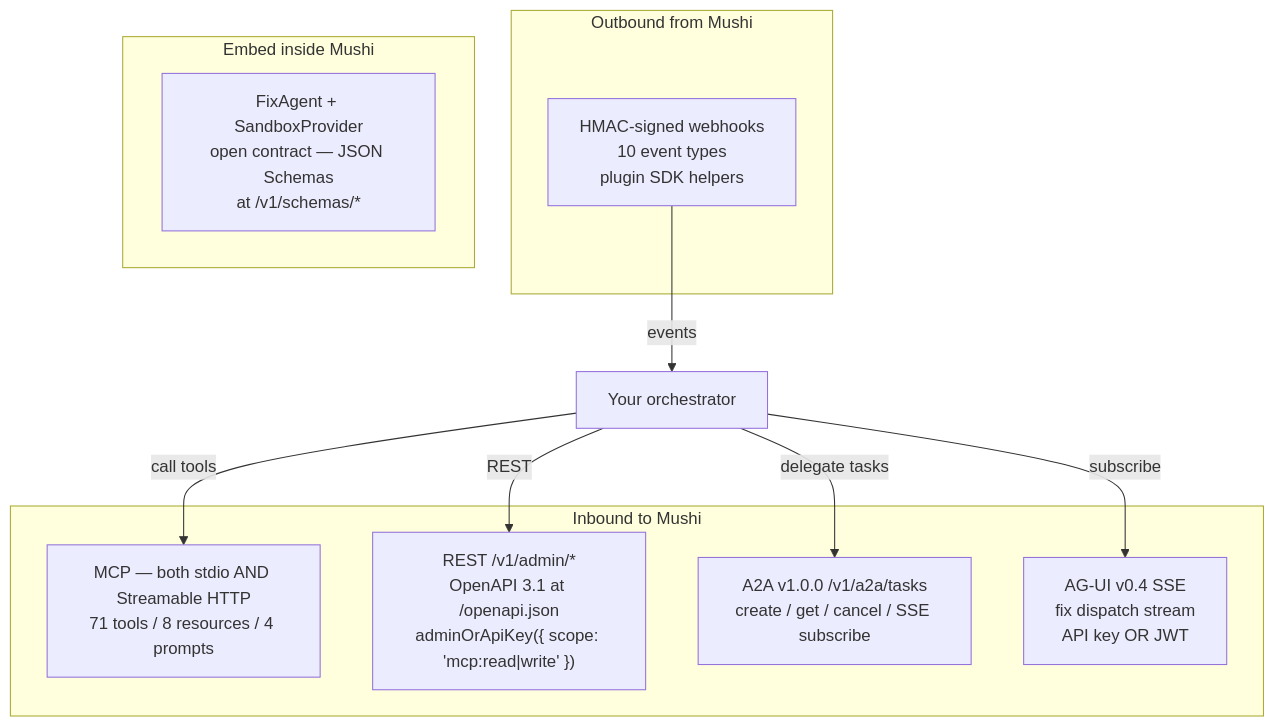
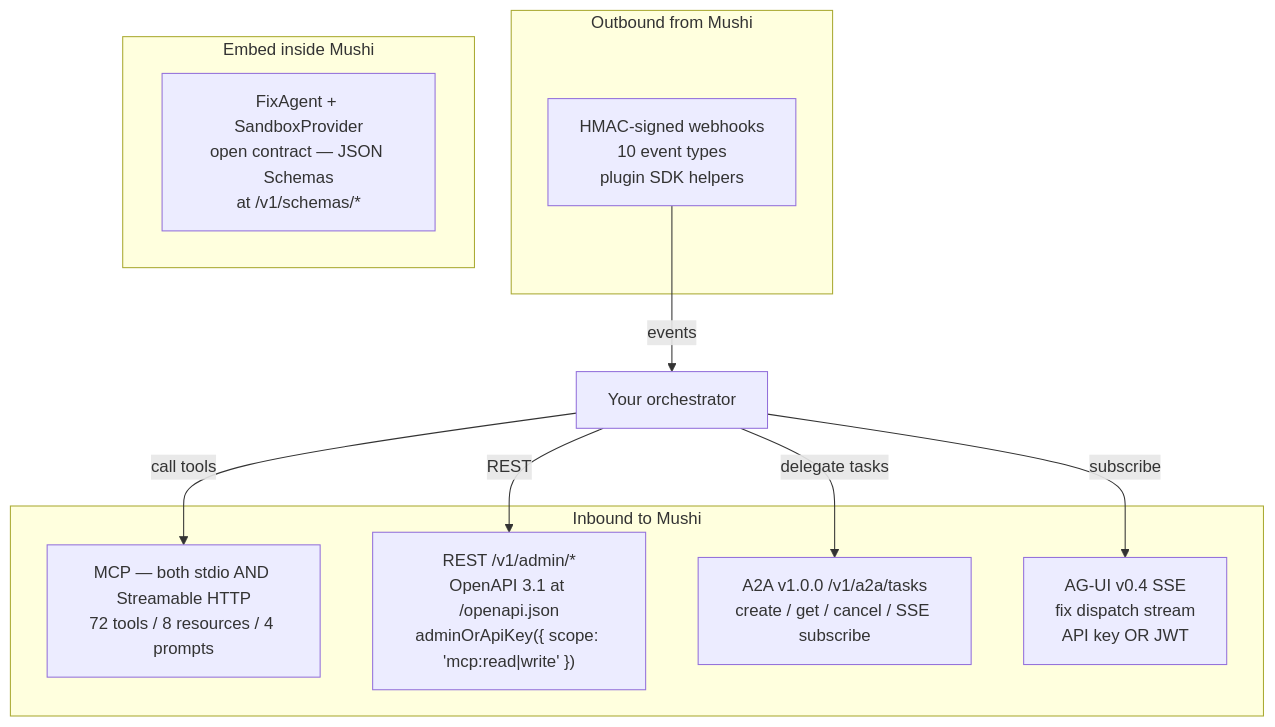
The diagram in apps/docs/content/concepts/orchestrator-interop.mdx (kensaurus/mushi-mushi), drawn with Mermaid before and after one commit. The commit also changed other lines of this file and 127 other files, not shown here.

````diff
--- a/apps/docs/content/concepts/orchestrator-interop.mdx
+++ b/apps/docs/content/concepts/orchestrator-interop.mdx
@@ -31,20 +31,20 @@
 ```mermaid
 flowchart TB
   subgraph Inbound["Inbound to Mushi"]
-    MCP["MCP — both stdio AND Streamable HTTP<br/>71 tools / 8 resources / 4 prompts"]
+    MCP["MCP — both stdio AND Streamable HTTP<br/>72 tools / 8 resources / 4 prompts"]
     REST["REST /v1/admin/*<br/>OpenAPI 3.1 at /openapi.json<br/>adminOrApiKey({ scope: 'mcp:read|write' })"]
     A2A["A2A v1.0.0 /v1/a2a/tasks<br/>create / get / cancel / SSE subscribe"]
     AGUI["AG-UI v0.4 SSE<br/>fix dispatch stream<br/>API key OR JWT"]
   end
   subgraph Outbound["Outbound from Mushi"]
     Hooks["HMAC-signed webhooks<br/>10 event types<br/>plugin SDK helpers"]
   end
   subgraph Native["Embed inside Mushi"]
     FA["FixAgent + SandboxProvider<br/>open contract — JSON Schemas<br/>at /v1/schemas/*"]
   end
   Orch["Your orchestrator"] -->|"call tools"| MCP
   Orch -->|"REST"| REST
   Orch -->|"delegate tasks"| A2A
   Orch -->|"subscribe"| AGUI
   Hooks -->|"events"| Orch
 ```
````
